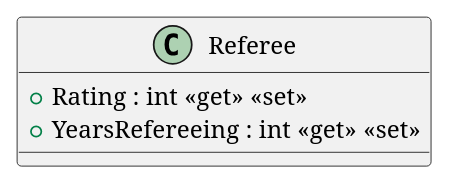
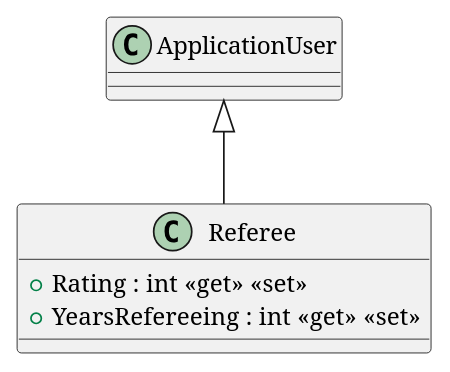
One commit to ISII2627Erasmus/Barca changed the diagram in src/AppForSEII.API/ClassDiagram/Referee.puml. Above: the diagram before and after it, drawn with PlantUML. The commit also changed 20 other files, not shown here.

```diff
--- a/src/AppForSEII.API/ClassDiagram/Referee.puml
+++ b/src/AppForSEII.API/ClassDiagram/Referee.puml
@@ -1,6 +1,7 @@
 @startuml
 class Referee {
     + Rating : int <<get>> <<set>>
     + YearsRefereeing : int <<get>> <<set>>
 }
+ApplicationUser <|-- Referee
 @enduml
```
